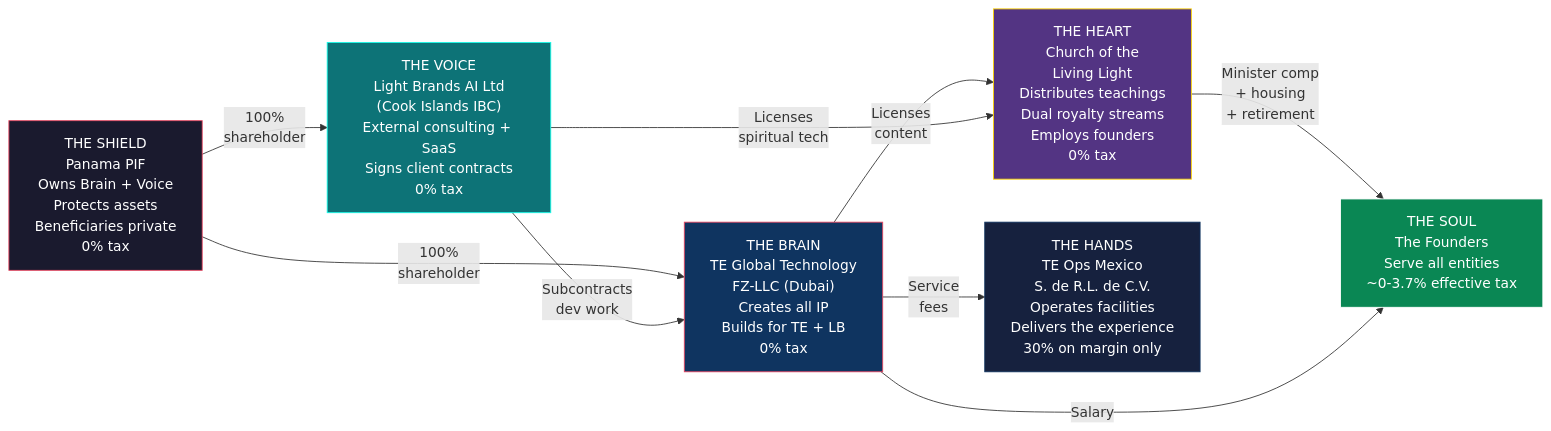
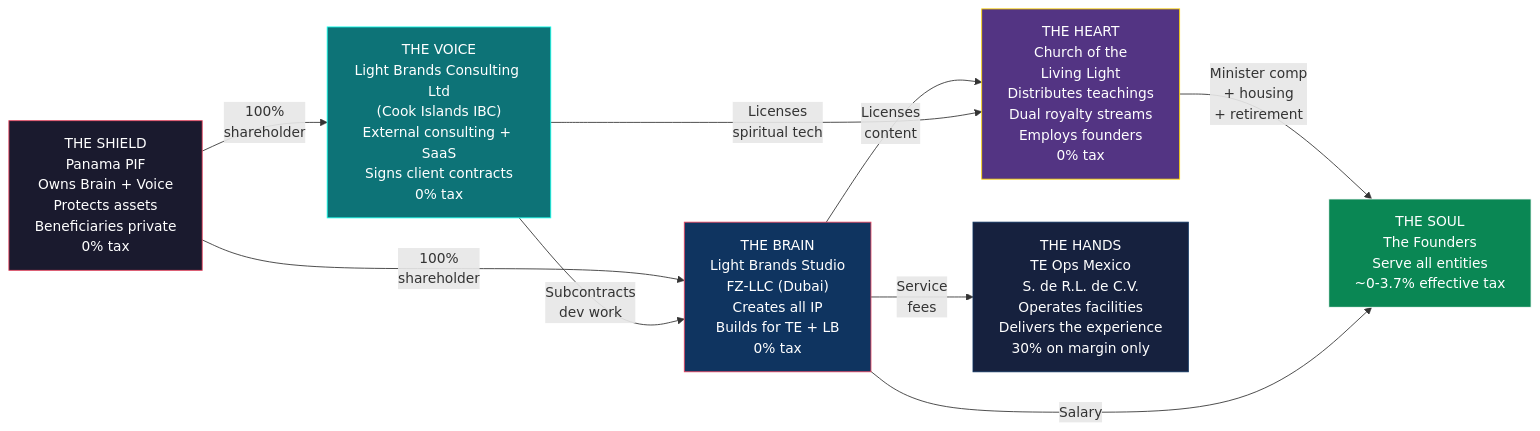
One commit to Light-Brands/epic-center changed the first of 3 diagrams in docs/tax-structure/01-MASTER-STRUCTURE.md. Above: the diagram before and after it, drawn with Mermaid. The commit also changed other lines of this file and 7 other files, not shown here.

First line of the commit message:
Rename entities: Light Brands Studio (UAE) + Light Brands Consulting (CI IBC)

````diff
--- a/docs/tax-structure/01-MASTER-STRUCTURE.md
+++ b/docs/tax-structure/01-MASTER-STRUCTURE.md
@@ -16,30 +16,30 @@
 ```mermaid
 graph LR
-    BRAIN["THE BRAIN<br/>TE Global Technology<br/>FZ-LLC (Dubai)<br/>Creates all IP<br/>Builds for TE + LB<br/>0% tax"]
+    BRAIN["THE BRAIN<br/>Light Brands Studio<br/>FZ-LLC (Dubai)<br/>Creates all IP<br/>Builds for TE + LB<br/>0% tax"]
 
-    VOICE["THE VOICE<br/>Light Brands AI Ltd<br/>(Cook Islands IBC)<br/>External consulting + SaaS<br/>Signs client contracts<br/>0% tax"]
+    VOICE["THE VOICE<br/>Light Brands Consulting Ltd<br/>(Cook Islands IBC)<br/>External consulting + SaaS<br/>Signs client contracts<br/>0% tax"]
 
     SHIELD["THE SHIELD<br/>Panama PIF<br/>Owns Brain + Voice<br/>Protects assets<br/>Beneficiaries private<br/>0% tax"]
 
     HEART["THE HEART<br/>Church of the<br/>Living Light<br/>Distributes teachings<br/>Dual royalty streams<br/>Employs founders<br/>0% tax"]
 
     HANDS["THE HANDS<br/>TE Ops Mexico<br/>S. de R.L. de C.V.<br/>Operates facilities<br/>Delivers the experience<br/>30% on margin only"]
 
     SOUL["THE SOUL<br/>The Founders<br/>Serve all entities<br/>~0-3.7% effective tax"]
 
     SHIELD -->|"100%<br/>shareholder"| BRAIN
     SHIELD -->|"100%<br/>shareholder"| VOICE
     BRAIN -->|"Licenses<br/>content"| HEART
     VOICE -->|"Licenses<br/>spiritual tech"| HEART
     VOICE -->|"Subcontracts<br/>dev work"| BRAIN
     BRAIN -->|"Service<br/>fees"| HANDS
     HEART -->|"Minister comp<br/>+ housing<br/>+ retirement"| SOUL
     BRAIN -->|"Salary"| SOUL
 
     style BRAIN fill:#0f3460,stroke:#e94560,color:#fff
     style VOICE fill:#0d7377,stroke:#14ffec,color:#fff
     style SHIELD fill:#1a1a2e,stroke:#e94560,color:#fff
     style HEART fill:#533483,stroke:#ffd700,color:#fff
     style HANDS fill:#16213e,stroke:#0f3460,color:#fff
     style SOUL fill:#0a8754,stroke:#fff,color:#fff
 ```
````
